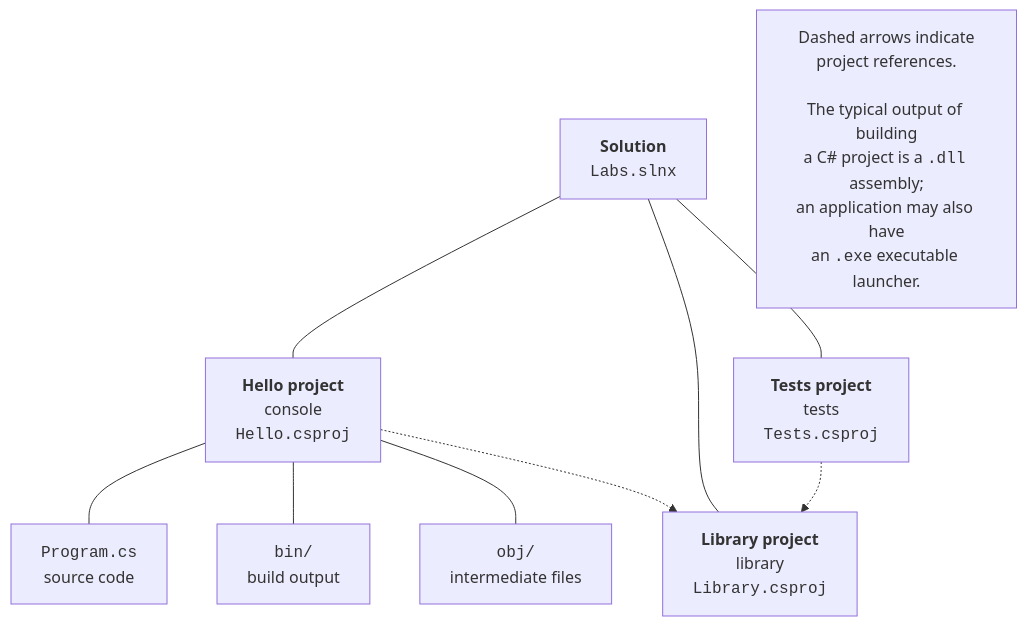
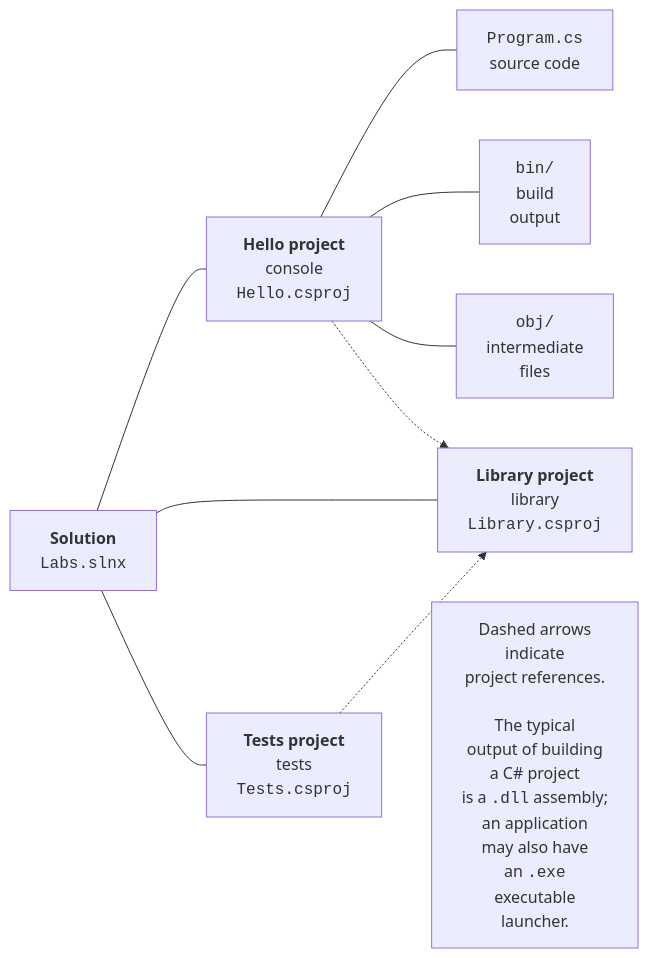
The diagram in src/courses/csharp/01-dotnet-intro/cli-program-structure.md (musicvano/Blog), drawn with Mermaid before and after one commit. The commit also changed other lines of this file and 583 other files, not shown here.

````diff
--- a/src/courses/csharp/01-dotnet-intro/cli-program-structure.md
+++ b/src/courses/csharp/01-dotnet-intro/cli-program-structure.md
@@ -63,12 +63,12 @@
 ```mermaid
-flowchart TD
+flowchart LR
   S["<b>Solution</b><br><code>Labs.slnx</code>"] --- H["<b>Hello project</b><br>console<br><code>Hello.csproj</code>"]
   S --- L["<b>Library project</b><br>library<br><code>Library.csproj</code>"]
   S --- T["<b>Tests project</b><br>tests<br><code>Tests.csproj</code>"]
   H --- P["<code>Program.cs</code><br>source code"]
-  H --- B["<code>bin/</code><br>build output"]
-  H --- O["<code>obj/</code><br>intermediate files"]
+  H --- B["<code>bin/</code><br>build<br>output"]
+  H --- O["<code>obj/</code><br>intermediate<br>files"]
   H -.-> L
   T -.-> L
-  N["Dashed arrows indicate<br>project references.<br><br>The typical output of building<br>a C# project is a <code>.dll</code> assembly;<br>an application may also have<br>an <code>.exe</code> executable launcher."]
+  T ~~~ N["Dashed arrows<br>indicate<br>project references.<br><br>The typical<br>output of building<br>a C# project<br>is a <code>.dll</code> assembly;<br>an application<br>may also have<br>an <code>.exe</code><br>executable<br>launcher."]
 ```
````
